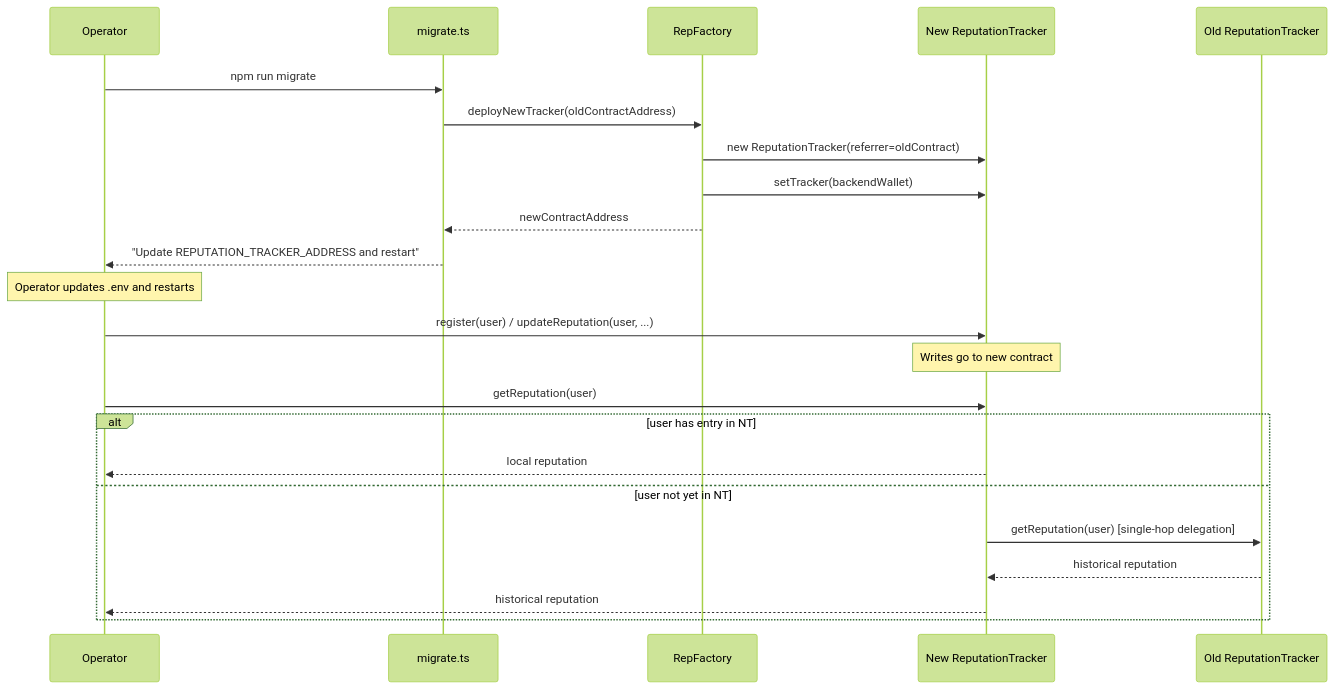
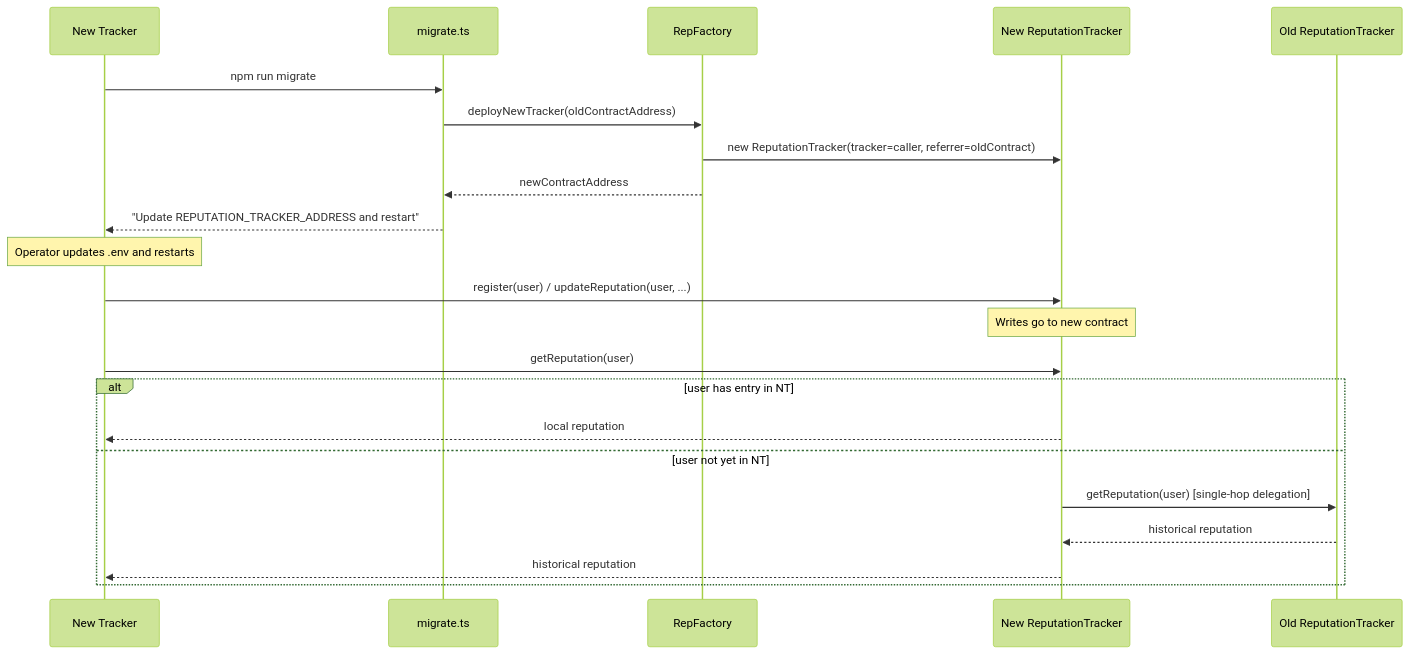
One commit to Persistent-BitTorrent-Tracker/persistent_bittorrent_tracker changed the diagram in contracts/README.md. Above: the diagram before and after it, drawn with Mermaid (forest theme). The commit also changed other lines of this file and 11 other files, not shown here.

First line of the commit message:
Make contracts fully immutable: remove setTracker/OWNER, simplify factory

````diff
--- a/contracts/README.md
+++ b/contracts/README.md
@@ -183,29 +123,28 @@
 ```mermaid
 sequenceDiagram
-    participant Op as Operator
+    participant Op as New Tracker
     participant Sc as migrate.ts
     participant Fa as RepFactory
     participant NT as New ReputationTracker
     participant OT as Old ReputationTracker
 
     Op->>Sc: npm run migrate
     Sc->>Fa: deployNewTracker(oldContractAddress)
-    Fa->>NT: new ReputationTracker(referrer=oldContract)
-    Fa->>NT: setTracker(backendWallet)
+    Fa->>NT: new ReputationTracker(tracker=caller, referrer=oldContract)
     Fa-->>Sc: newContractAddress
     Sc-->>Op: "Update REPUTATION_TRACKER_ADDRESS and restart"
 
     Note over Op: Operator updates .env and restarts
 
     Op->>NT: register(user) / updateReputation(user, ...)
     Note over NT: Writes go to new contract
 
     Op->>NT: getReputation(user)
     alt user has entry in NT
         NT-->>Op: local reputation
     else user not yet in NT
         NT->>OT: getReputation(user) [single-hop delegation]
         OT-->>NT: historical reputation
         NT-->>Op: historical reputation
     end
 ```
````
